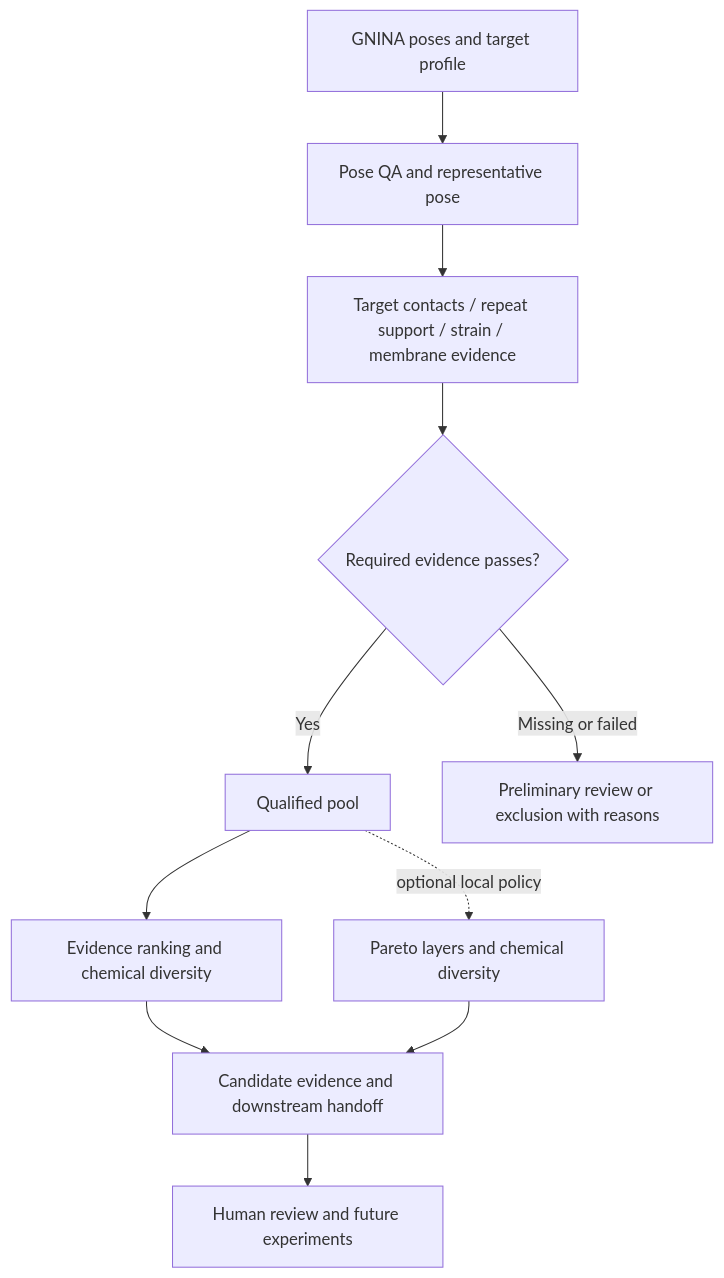
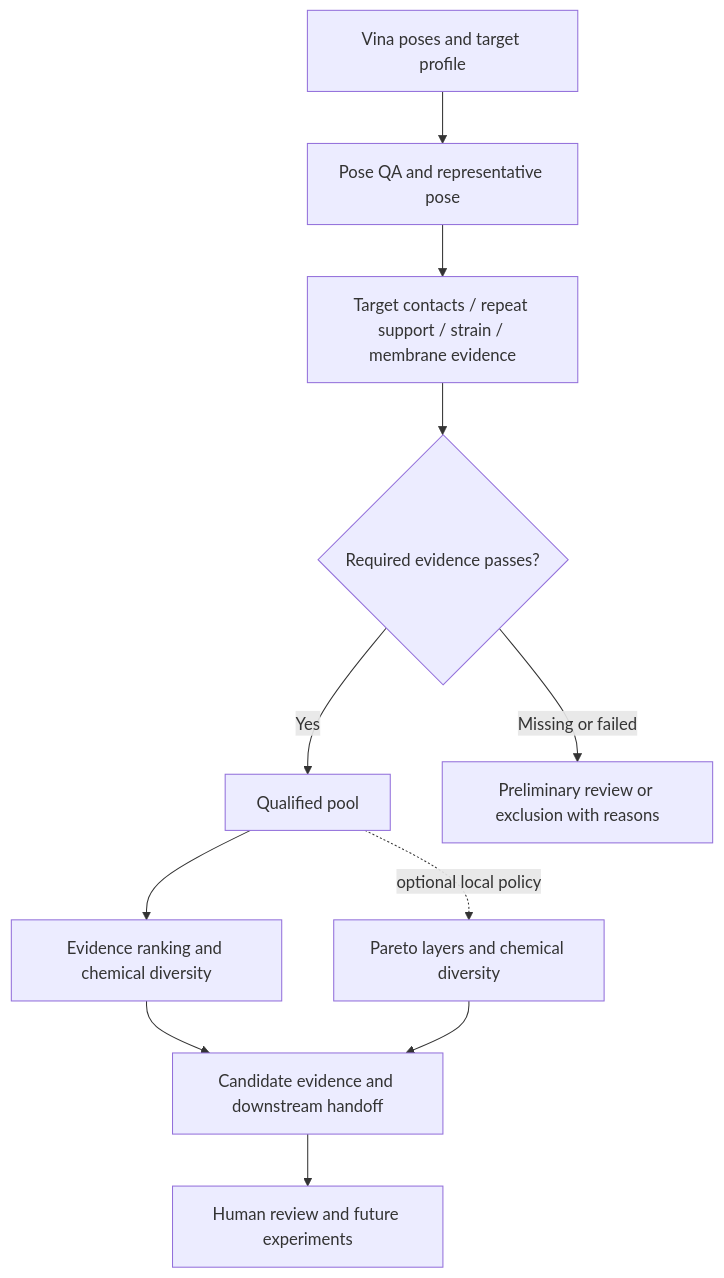
One commit to lzylumos-sudo/yuanhe-bio-workflow changed the diagram in 03_virtual_screening/README.md. Above: the diagram before and after it, drawn with Mermaid. The commit also changed other lines of this file and 95 other files, not shown here.

````diff
--- a/03_virtual_screening/README.md
+++ b/03_virtual_screening/README.md
@@ -19,13 +19,13 @@
 ```mermaid
 flowchart TD
- A[GNINA poses and target profile] --> B[Pose QA and representative pose]
+ A[Vina poses and target profile] --> B[Pose QA and representative pose]
  B --> C[Target contacts / repeat support / strain / membrane evidence]
  C --> D{Required evidence passes?}
  D -->|Yes| E[Qualified pool]
  D -->|Missing or failed| F[Preliminary review or exclusion with reasons]
  E --> G[Evidence ranking and chemical diversity]
  E -. optional local policy .-> H[Pareto layers and chemical diversity]
  G --> I[Candidate evidence and downstream handoff]
  H --> I
  I --> J[Human review and future experiments]
 ```
````
